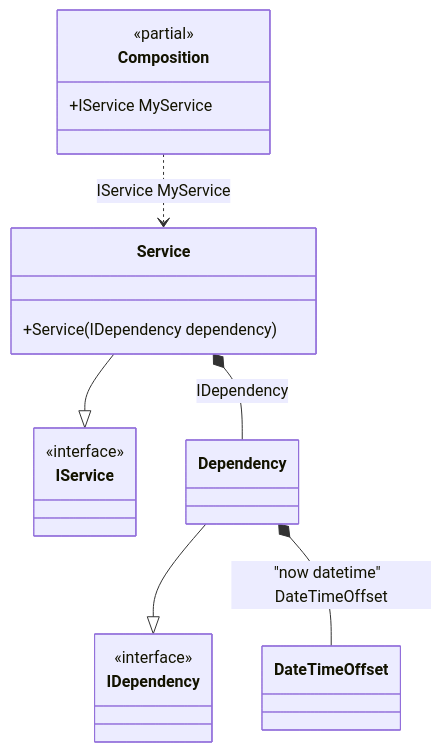
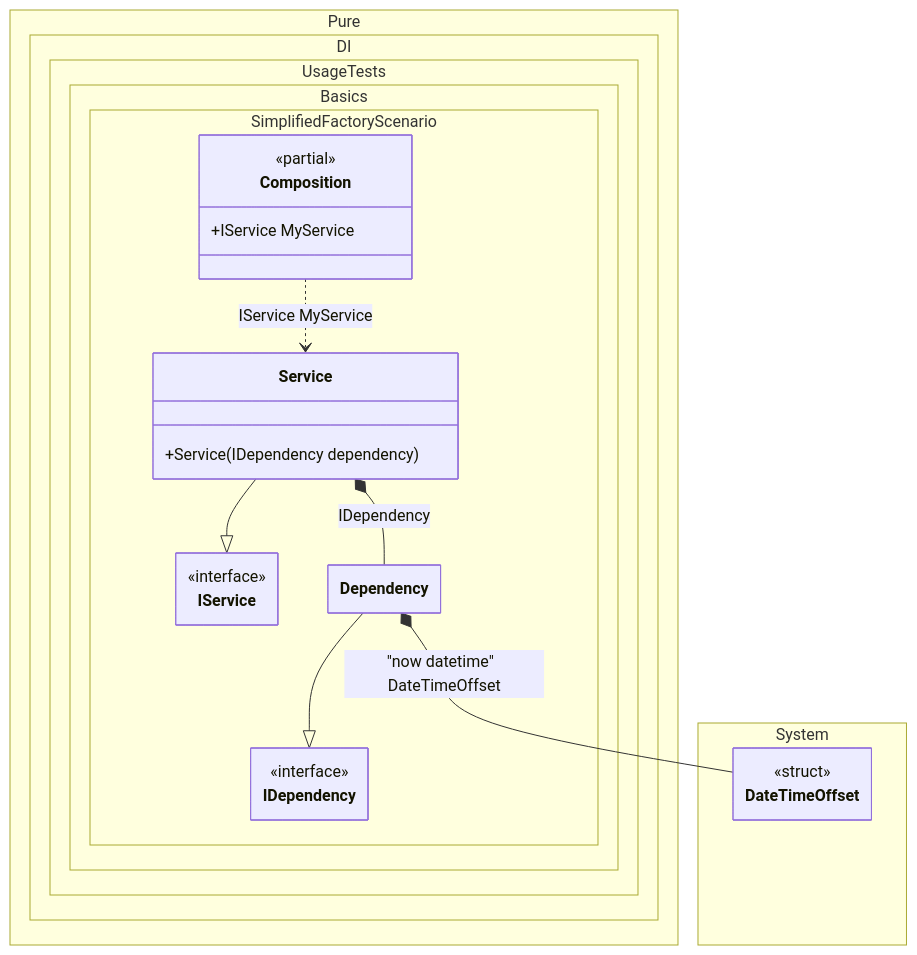
The diagram in readme/simplified-factory.md (DevTeam/Pure.DI), drawn with Mermaid before and after one commit. The commit also changed 103 other files, not shown here.

Commit message:
Improved class diagrams

````diff
--- a/readme/simplified-factory.md
+++ b/readme/simplified-factory.md
@@ -98,23 +98,35 @@
 ```mermaid
+---
+ config:
+  class:
+   hideEmptyMembersBox: true
+---
 classDiagram
-	class Composition {
-		<<partial>>
-		+IService MyService
-	}
 	Service --|> IService
-	class Service {
-		+Service(IDependency dependency)
-	}
 	Dependency --|> IDependency
-	class Dependency
-	class DateTimeOffset
-	class IService {
-		<<interface>>
-	}
-	class IDependency {
-		<<interface>>
-	}
 	Composition ..> Service : IService MyService
 	Service *--  Dependency : IDependency
 	Dependency *--  DateTimeOffset : "now datetime"  DateTimeOffset
+	namespace Pure.DI.UsageTests.Basics.SimplifiedFactoryScenario {
+		class Composition {
+		<<partial>>
+		+IService MyService
+		}
+		class Dependency {
+		}
+		class IDependency {
+			<<interface>>
+		}
+		class IService {
+			<<interface>>
+		}
+		class Service {
+			+Service(IDependency dependency)
+		}
+	}
+	namespace System {
+		class DateTimeOffset {
+				<<struct>>
+		}
+	}
 ```
````
